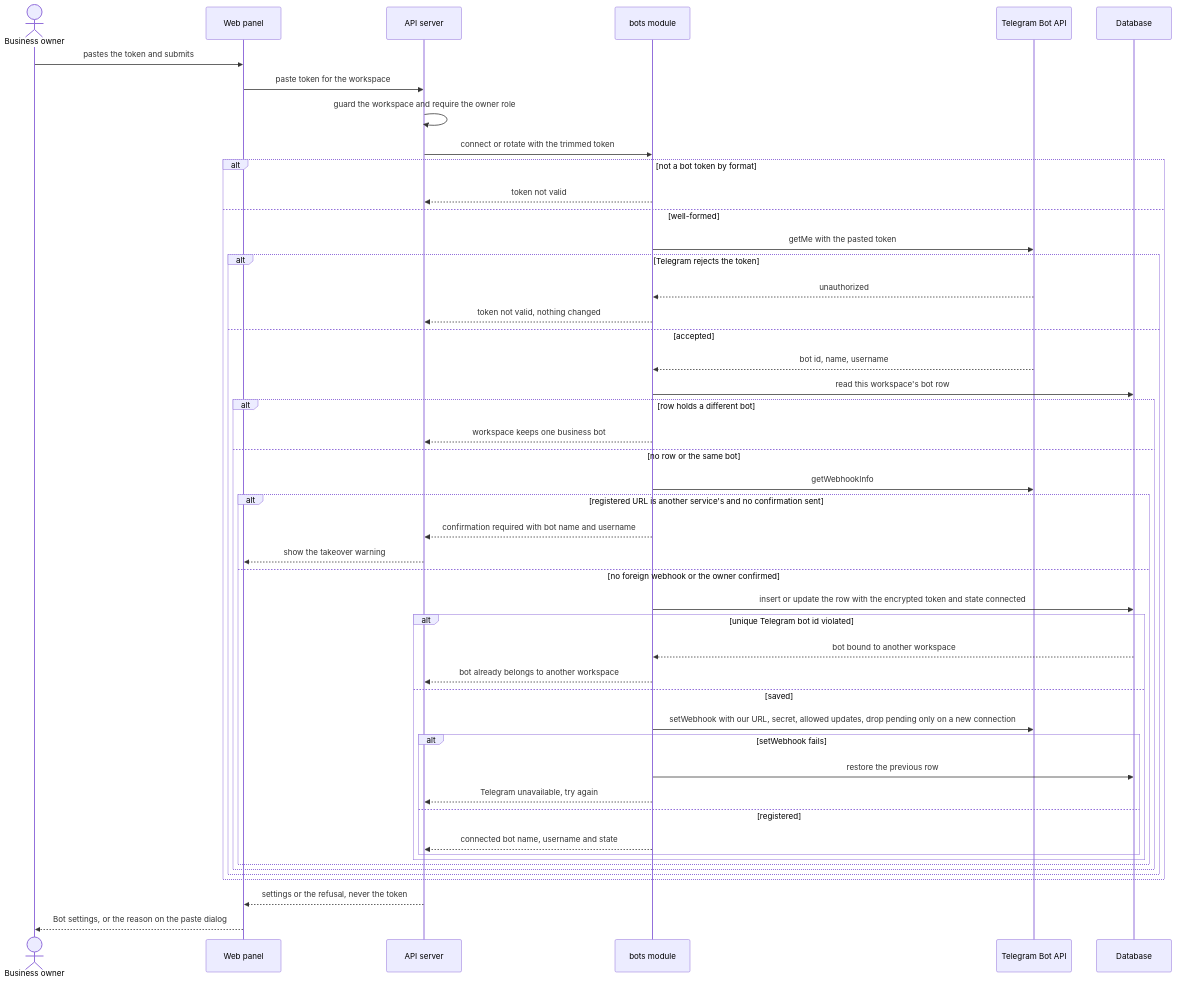
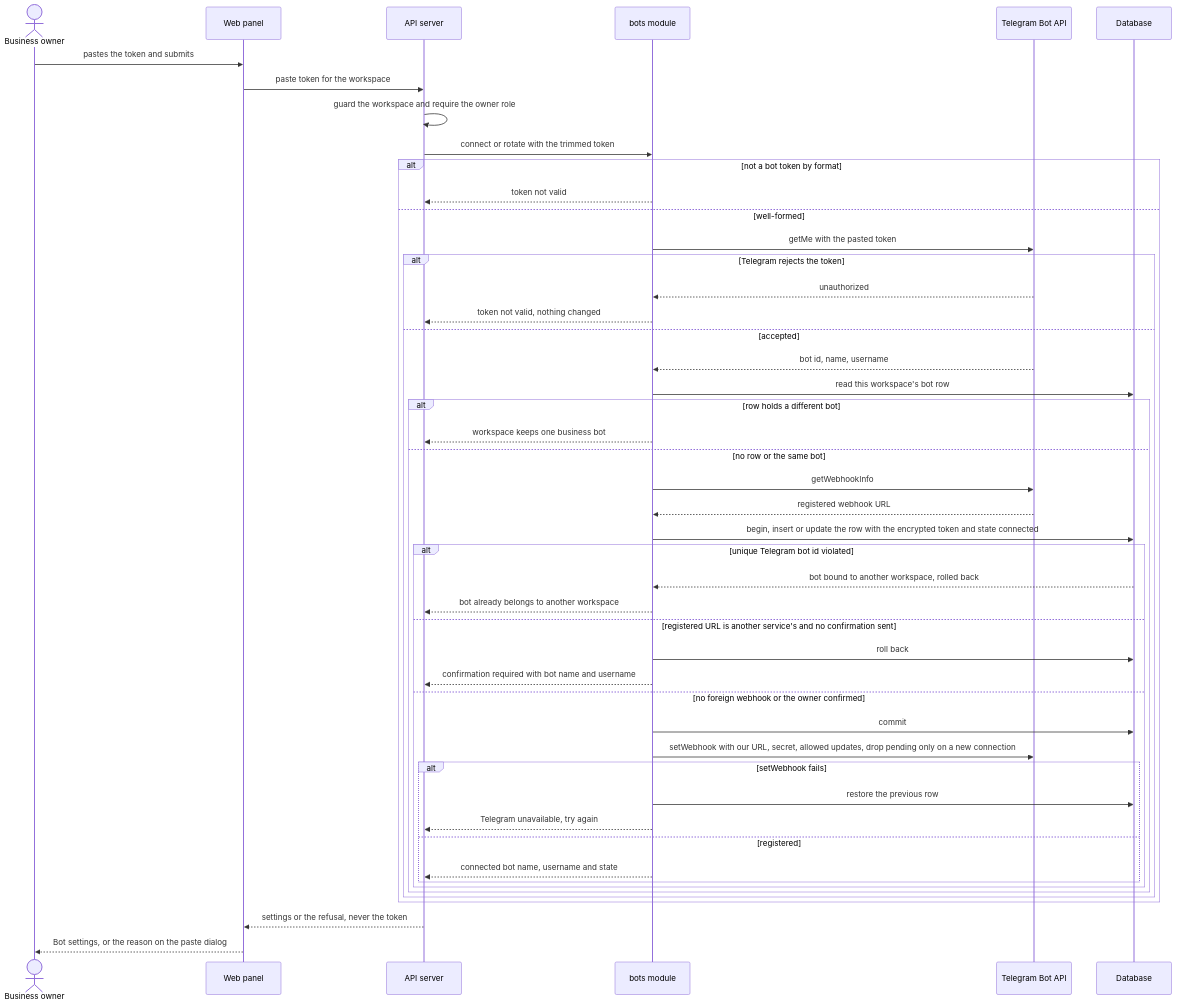
The third of 5 diagrams in docs/features/bot-connection/sad.md (GopkoDev/tg-inbox), drawn with Mermaid before and after one commit. The commit also changed other lines of this file and 4 other files, not shown here.

First line of the commit message:
design: bot-connection finalization (critic pass)

````diff
--- a/docs/features/bot-connection/sad.md
+++ b/docs/features/bot-connection/sad.md
@@ -234,50 +235,50 @@
 ```mermaid
 sequenceDiagram
     actor Owner as Business owner
     participant Web as Web panel
     participant Http as API server
     participant Bots as bots module
     participant Tg as Telegram Bot API
     participant Db as Database
     Owner->>Web: pastes the token and submits
     Web->>Http: paste token for the workspace
     Http->>Http: guard the workspace and require the owner role
     Http->>Bots: connect or rotate with the trimmed token
     alt not a bot token by format
         Bots-->>Http: token not valid
     else well-formed
         Bots->>Tg: getMe with the pasted token
         alt Telegram rejects the token
             Tg-->>Bots: unauthorized
             Bots-->>Http: token not valid, nothing changed
         else accepted
             Tg-->>Bots: bot id, name, username
             Bots->>Db: read this workspace's bot row
             alt row holds a different bot
                 Bots-->>Http: workspace keeps one business bot
             else no row or the same bot
                 Bots->>Tg: getWebhookInfo
-                alt registered URL is another service's and no confirmation sent
+                Tg-->>Bots: registered webhook URL
+                Bots->>Db: begin, insert or update the row with the encrypted token and state connected
+                alt unique Telegram bot id violated
+                    Db-->>Bots: bot bound to another workspace, rolled back
+                    Bots-->>Http: bot already belongs to another workspace
+                else registered URL is another service's and no confirmation sent
+                    Bots->>Db: roll back
                     Bots-->>Http: confirmation required with bot name and username
-                    Http-->>Web: show the takeover warning
                 else no foreign webhook or the owner confirmed
-                    Bots->>Db: insert or update the row with the encrypted token and state connected
-                    alt unique Telegram bot id violated
-                        Db-->>Bots: bot bound to another workspace
-                        Bots-->>Http: bot already belongs to another workspace
-                    else saved
-                        Bots->>Tg: setWebhook with our URL, secret, allowed updates, drop pending only on a new connection
-                        alt setWebhook fails
-                            Bots->>Db: restore the previous row
-                            Bots-->>Http: Telegram unavailable, try again
-                        else registered
-                            Bots-->>Http: connected bot name, username and state
-                        end
+                    Bots->>Db: commit
+                    Bots->>Tg: setWebhook with our URL, secret, allowed updates, drop pending only on a new connection
+                    alt setWebhook fails
+                        Bots->>Db: restore the previous row
+                        Bots-->>Http: Telegram unavailable, try again
+                    else registered
+                        Bots-->>Http: connected bot name, username and state
                     end
                 end
             end
         end
     end
     Http-->>Web: settings or the refusal, never the token
     Web-->>Owner: Bot settings, or the reason on the paste dialog
 ```
````
